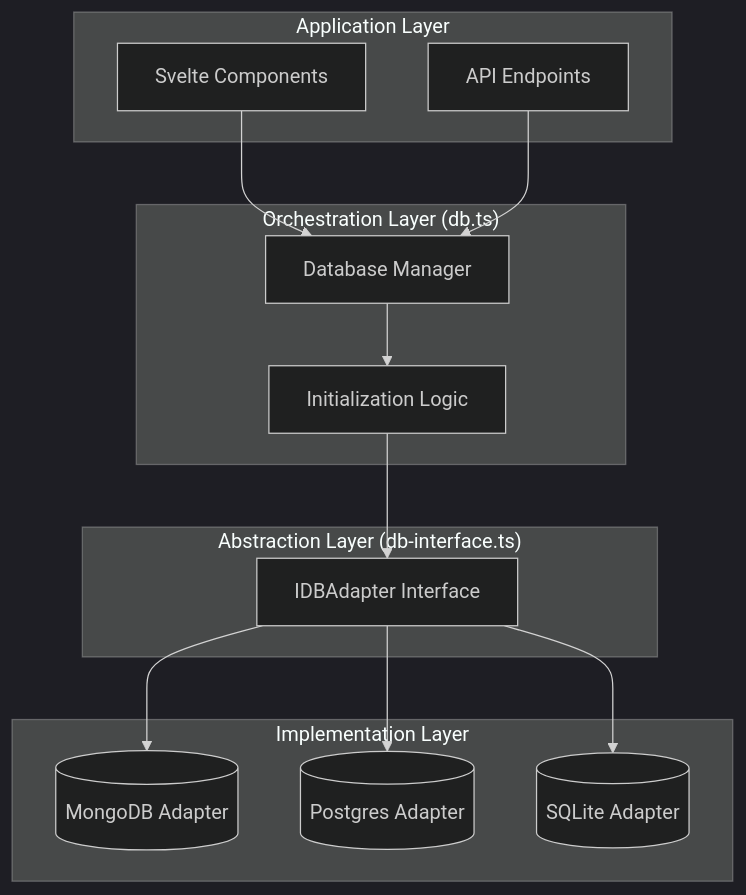
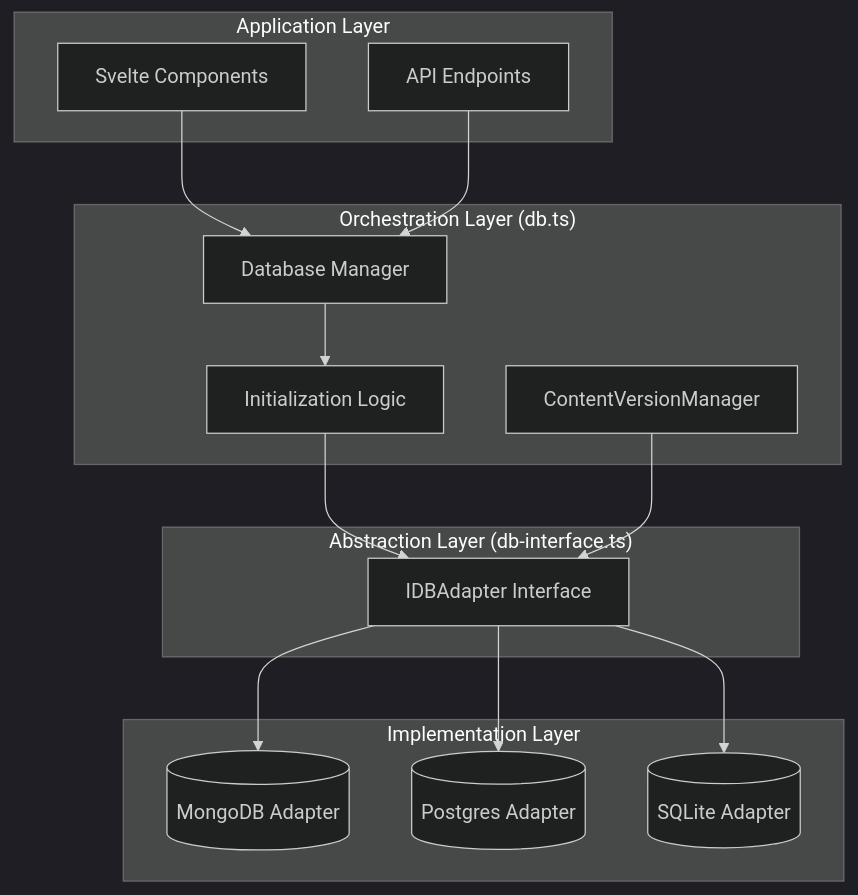
One commit to TamoorArif/SveltyCMS changed the first of 2 diagrams in docs/architecture/database/core-infrastructure.mdx. Above: the diagram before and after it, drawn with Mermaid (dark theme). The commit also changed other lines of this file and 66 other files, not shown here.

````diff
--- a/docs/architecture/database/core-infrastructure.mdx
+++ b/docs/architecture/database/core-infrastructure.mdx
@@ -26,27 +26,29 @@
 ```mermaid
 graph TD
     subgraph "Application Layer"
         UI[Svelte Components]
         API[API Endpoints]
     end
 
     subgraph "Orchestration Layer (db.ts)"
         MGR[Database Manager]
         INIT[Initialization Logic]
+        VER[ContentVersionManager]
     end
 
     subgraph "Abstraction Layer (db-interface.ts)"
         IFACE[IDBAdapter Interface]
     end
 
     subgraph "Implementation Layer"
         MA[(MongoDB Adapter)]
         PA[(Postgres Adapter)]
         SA[(SQLite Adapter)]
     end
 
     UI & API --> MGR
     MGR --> INIT
     INIT --> IFACE
     IFACE --> MA & PA & SA
+    VER --> IFACE
 ```
````
